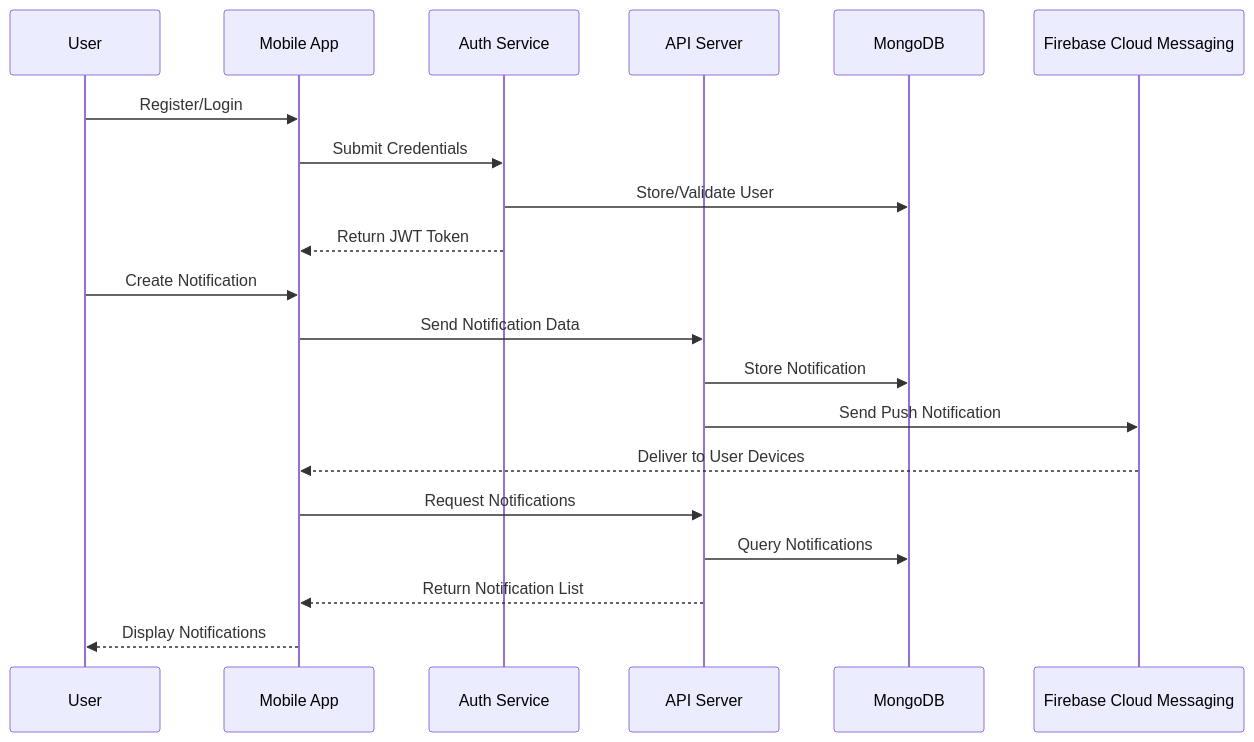
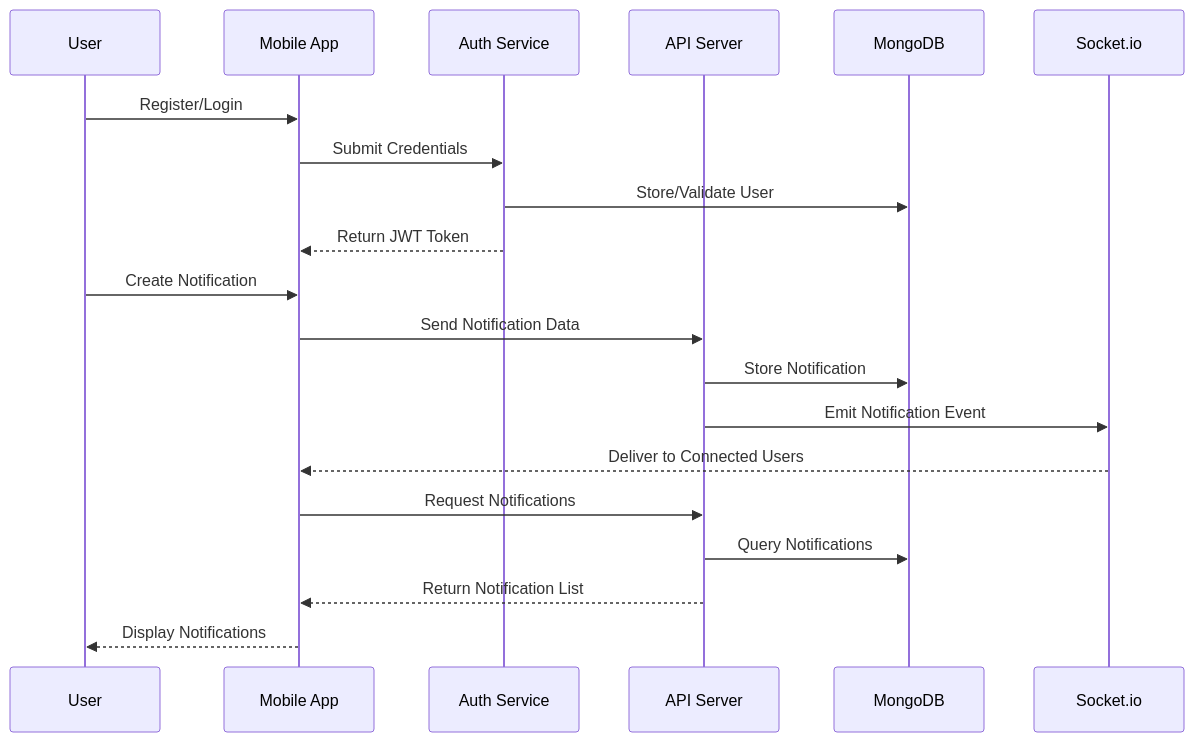
The second of 3 diagrams in README.md (ALOK-Yeager/notifyme), drawn with Mermaid before and after one commit. The commit also changed other lines of this file and 14 other files, not shown here.

Commit message:
Removed FCM push notifications and replaced with socket-based notifications

````diff
--- a/README.md
+++ b/README.md
@@ -49,25 +40,25 @@
 ```mermaid
 sequenceDiagram
     participant User
     participant App as Mobile App
     participant Auth as Auth Service
     participant API as API Server
     participant DB as MongoDB
-    participant FCM as Firebase Cloud Messaging
+    participant Socket as Socket.io
     
     User->>App: Register/Login
     App->>Auth: Submit Credentials
     Auth->>DB: Store/Validate User
     Auth-->>App: Return JWT Token
     
     User->>App: Create Notification
     App->>API: Send Notification Data
     API->>DB: Store Notification
-    API->>FCM: Send Push Notification
-    FCM-->>App: Deliver to User Devices
+    API->>Socket: Emit Notification Event
+    Socket-->>App: Deliver to Connected Users
     
     App->>API: Request Notifications
     API->>DB: Query Notifications
     API-->>App: Return Notification List
     App-->>User: Display Notifications
 ```
````
